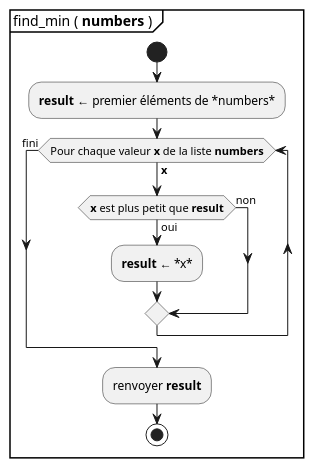
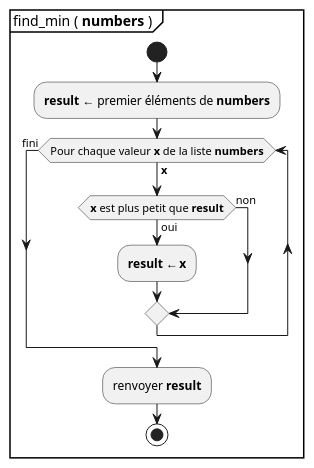
The fifth of 12 diagrams in docs/courses/python1ba/slides/slides3/index.md (qlurkin/qlurkin.github.io), drawn with PlantUML before and after one commit. The commit also changed 1 other file, not shown here.

````diff
--- a/docs/courses/python1ba/slides/slides3/index.md
+++ b/docs/courses/python1ba/slides/slides3/index.md
@@ -499,16 +499,16 @@
 ```plantuml {.build}
 @startuml
 partition "find_min ( **numbers** ) " {
   start
-  :**result** ← premier éléments de *numbers*;
+  :**result** ← premier éléments de **numbers**;
   while (Pour chaque valeur **x** de la liste **numbers**) is (**x**)
     if (**x** est plus petit que **result**) then (oui)
-      :**result** ← *x*;
+      :**result** ← **x**;
     else (non)
     endif
   endwhile (fini)
   :renvoyer **result**;
   stop
 }
 @enduml
 ```
````
